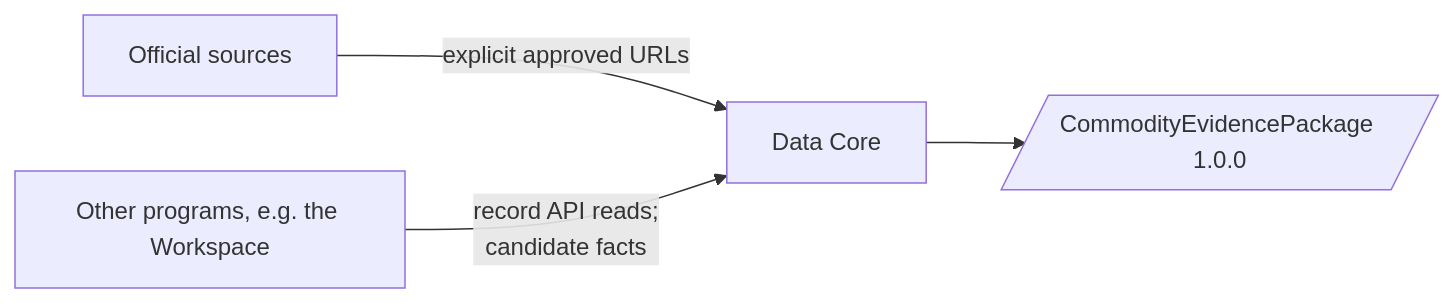
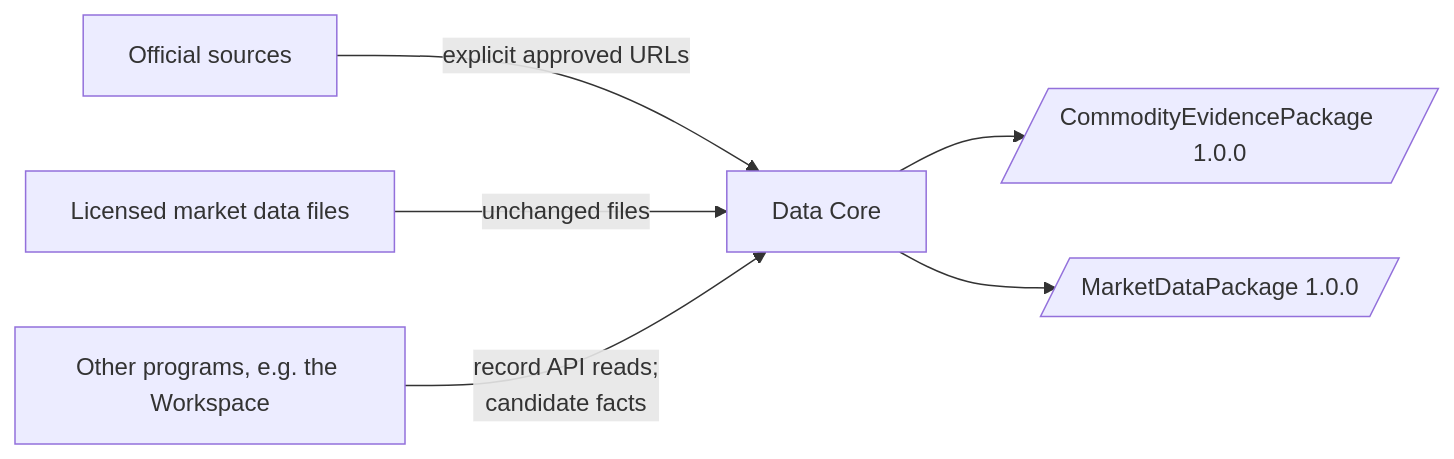
One commit to alekspetrov9e/muniquant-data-core changed the third of 3 diagrams in docs/DATA_DIAGRAM.md. Above: the diagram before and after it, drawn with Mermaid. The commit also changed other lines of this file and 16 other files, not shown here.

First line of the commit message:
Docs: market data, handover documents, DC2 and the DC1 sign-off

````diff
--- a/docs/DATA_DIAGRAM.md
+++ b/docs/DATA_DIAGRAM.md
@@ -46,6 +61,8 @@
 ```mermaid
 flowchart LR
   O[Official sources] -- explicit approved URLs --> C[Data Core]
   C --> E[/CommodityEvidencePackage 1.0.0/]
+  V[Licensed market data files] -- unchanged files --> C
+  C --> M[/MarketDataPackage 1.0.0/]
   X[Other programs, e.g. the Workspace] -- "record API reads;<br>candidate facts" --> C
 ```
````
